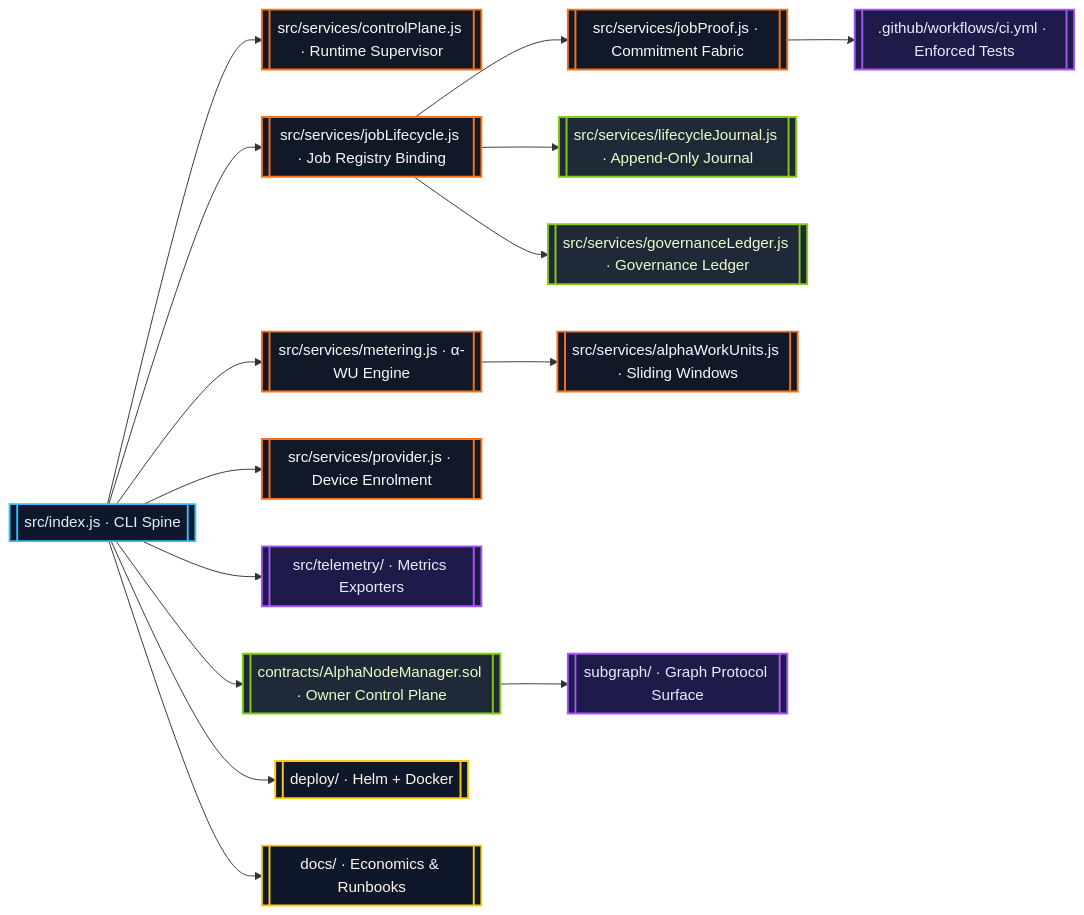
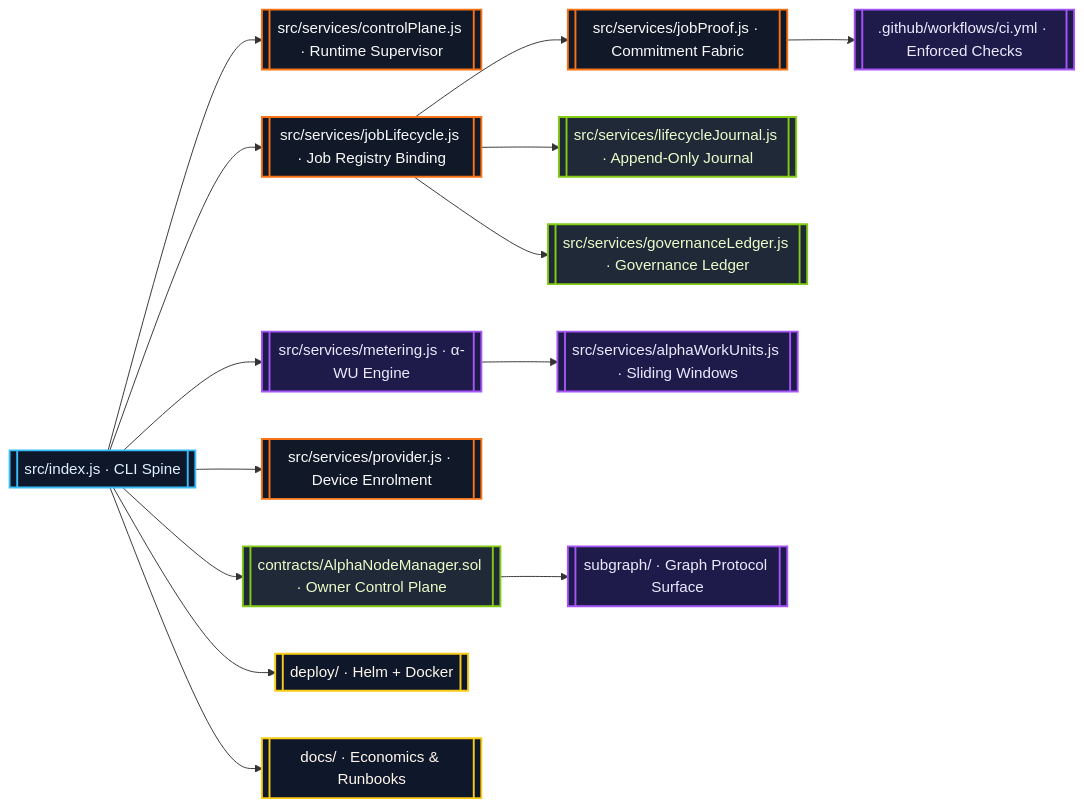
The first of 2 diagrams in README.md (MontrealAI/AGI-Alpha-Node-v0), drawn with Mermaid before and after one commit. The commit also changed other lines of this file, not shown here.

Commit message:
docs: refresh readme for alpha wu governance

````diff
--- a/README.md
+++ b/README.md
@@ -80,23 +76,22 @@
 ```mermaid
 flowchart LR
   classDef runtime fill:#0f172a,stroke:#38bdf8,stroke-width:2px,color:#e0f2fe;
   classDef service fill:#111827,stroke:#f97316,stroke-width:2px,color:#f8fafc;
   classDef ledger fill:#1f2937,stroke:#84cc16,stroke-width:2px,color:#ecfccb;
   classDef telemetry fill:#1e1b4b,stroke:#a855f7,stroke-width:2px,color:#ede9fe;
   classDef ops fill:#0f172a,stroke:#facc15,stroke-width:2px,color:#fff7ed;
 
   Runtime[[src/index.js · CLI Spine]]:::runtime --> ControlPlane[[src/services/controlPlane.js · Runtime Supervisor]]:::service
   Runtime --> Lifecycle[[src/services/jobLifecycle.js · Job Registry Binding]]:::service
-  Runtime --> Metering[[src/services/metering.js · α-WU Engine]]:::service
+  Runtime --> Metering[[src/services/metering.js · α-WU Engine]]:::telemetry
   Runtime --> Provider[[src/services/provider.js · Device Enrolment]]:::service
-  Runtime --> Telemetry[[src/telemetry/ · Metrics Exporters]]:::telemetry
   Lifecycle --> Proofs[[src/services/jobProof.js · Commitment Fabric]]:::service
-  Proofs --> CI[[.github/workflows/ci.yml · Enforced Tests]]:::telemetry
   Lifecycle --> Journal[[src/services/lifecycleJournal.js · Append-Only Journal]]:::ledger
   Lifecycle --> GovLedger[[src/services/governanceLedger.js · Governance Ledger]]:::ledger
-  Metering --> AlphaRegistry[[src/services/alphaWorkUnits.js · Sliding Windows]]:::service
+  Metering --> AlphaRegistry[[src/services/alphaWorkUnits.js · Sliding Windows]]:::telemetry
   Runtime --> Contracts[[contracts/AlphaNodeManager.sol · Owner Control Plane]]:::ledger
   Contracts --> Subgraph[[subgraph/ · Graph Protocol Surface]]:::telemetry
   Runtime --> Deploy[[deploy/ · Helm + Docker]]:::ops
   Runtime --> Docs[[docs/ · Economics & Runbooks]]:::ops
+  Proofs --> CI[[.github/workflows/ci.yml · Enforced Checks]]:::telemetry
 ```
````
